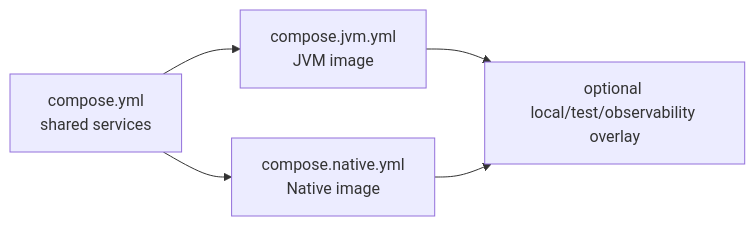
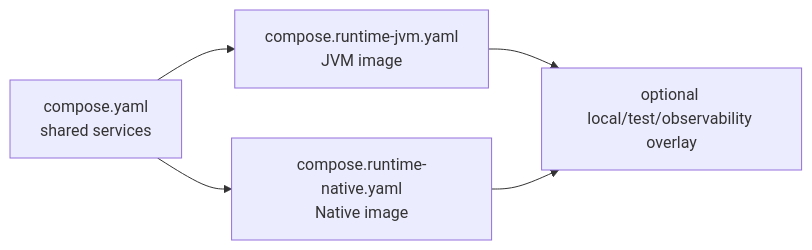
One commit to migangdelzar/emme-service changed the second of 2 diagrams in docs/architecture/04-delivery/container.md. Above: the diagram before and after it, drawn with Mermaid. The commit also changed other lines of this file and 24 other files, not shown here.

Commit message:
refactor(deployment): normalize compose runtime contracts

````diff
--- a/docs/architecture/04-delivery/container.md
+++ b/docs/architecture/04-delivery/container.md
@@ -53,7 +53,7 @@
 ```mermaid
 flowchart LR
-    BASE[compose.yml\nshared services] --> JVM[compose.jvm.yml\nJVM image]
-    BASE --> NATIVE[compose.native.yml\nNative image]
+    BASE[compose.yaml\nshared services] --> JVM[compose.runtime-jvm.yaml\nJVM image]
+    BASE --> NATIVE[compose.runtime-native.yaml\nNative image]
     JVM --> LOCAL[optional local/test/observability overlay]
     NATIVE --> LOCAL
 ```
````
